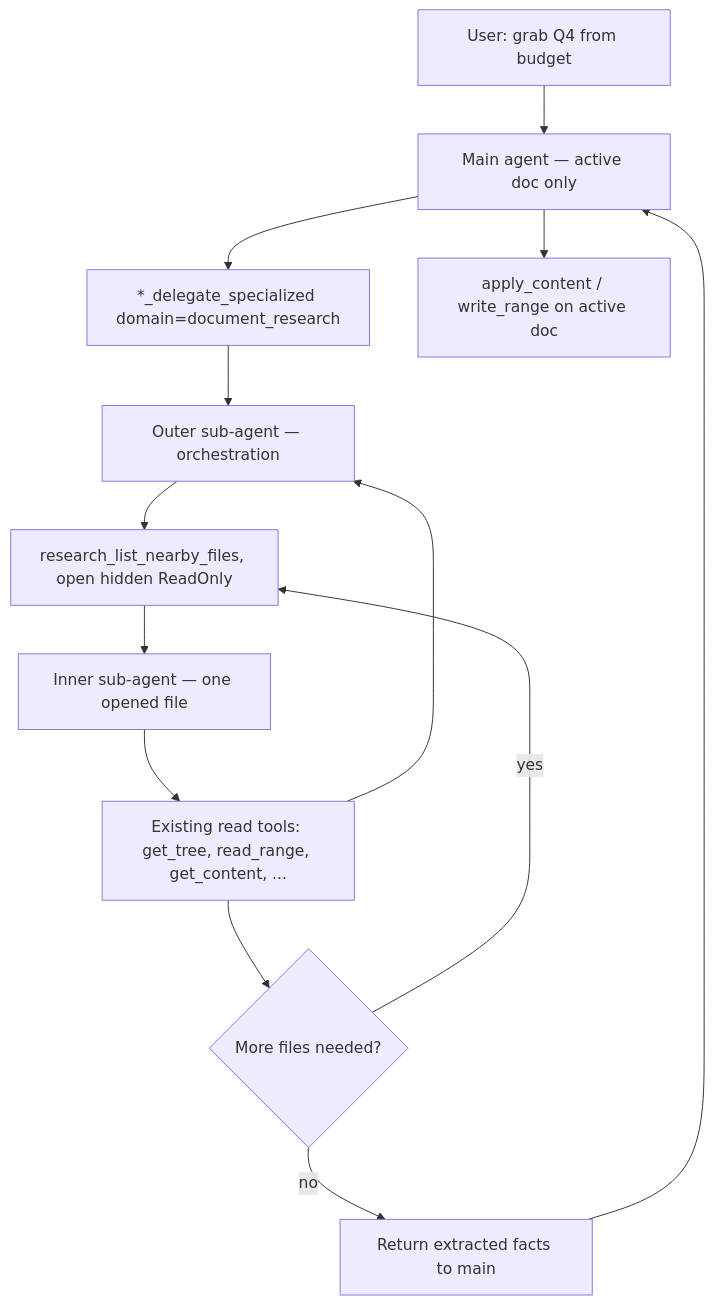
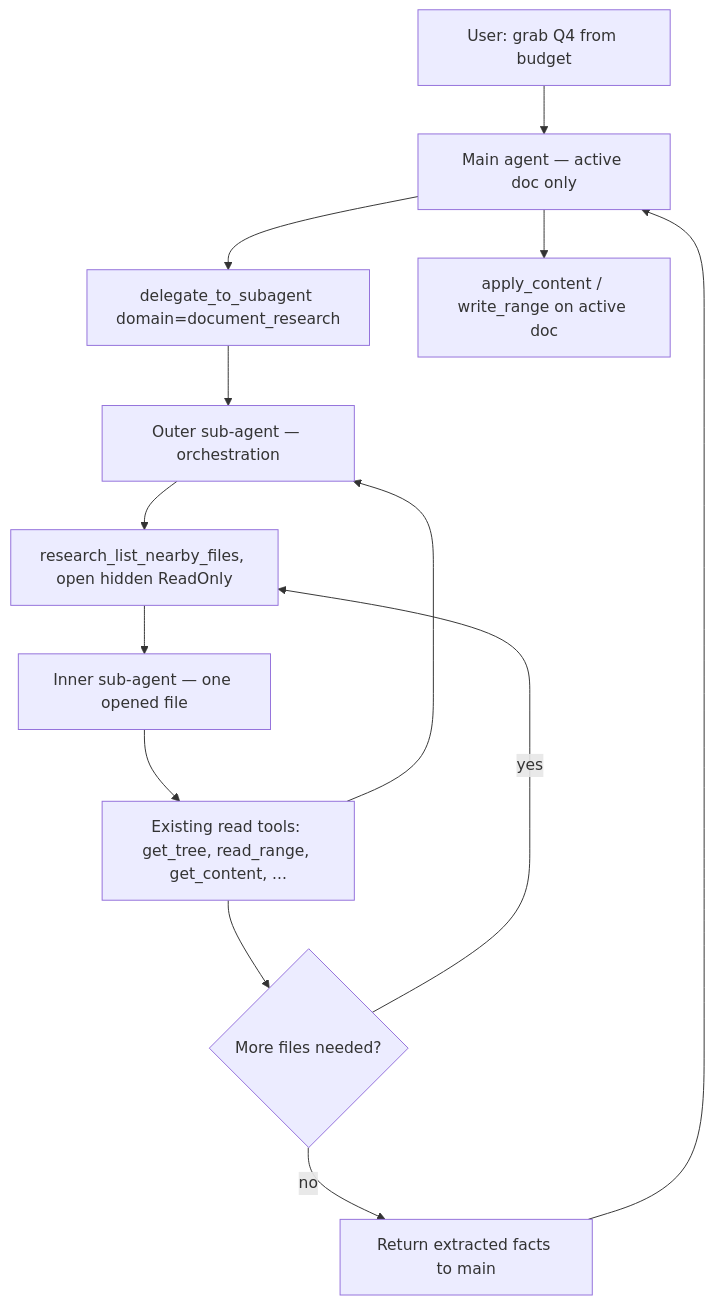
One commit to KeithCu/writeragent changed the second of 3 diagrams in docs/chat/multi-document-dev-plan.md. Above: the diagram before and after it, drawn with Mermaid. The commit also changed other lines of this file and 89 other files, not shown here.

````diff
--- a/docs/chat/multi-document-dev-plan.md
+++ b/docs/chat/multi-document-dev-plan.md
@@ -101,22 +101,22 @@
 ```mermaid
 flowchart TD
     UserMsg["User: grab Q4 from budget"]
     MainAgent["Main agent — active doc only"]
-    Delegate["*_delegate_specialized domain=document_research"]
+    Delegate["delegate_to_subagent domain=document_research"]
     Outer["Outer sub-agent — orchestration"]
     ListOpen["research_list_nearby_files, open hidden ReadOnly"]
     Inner["Inner sub-agent — one opened file"]
     ReadTools["Existing read tools: get_tree, read_range, get_content, ..."]
     MoreFiles{"More files needed?"}
     OuterReturn["Return extracted facts to main"]
     WriteActive["apply_content / write_range on active doc"]
 
     UserMsg --> MainAgent
     MainAgent --> Delegate --> Outer
     Outer --> ListOpen --> Inner
     Inner --> ReadTools --> Outer
     ReadTools --> MoreFiles
     MoreFiles -->|yes| ListOpen
     MoreFiles -->|no| OuterReturn --> MainAgent
     MainAgent --> WriteActive
 ```
````
